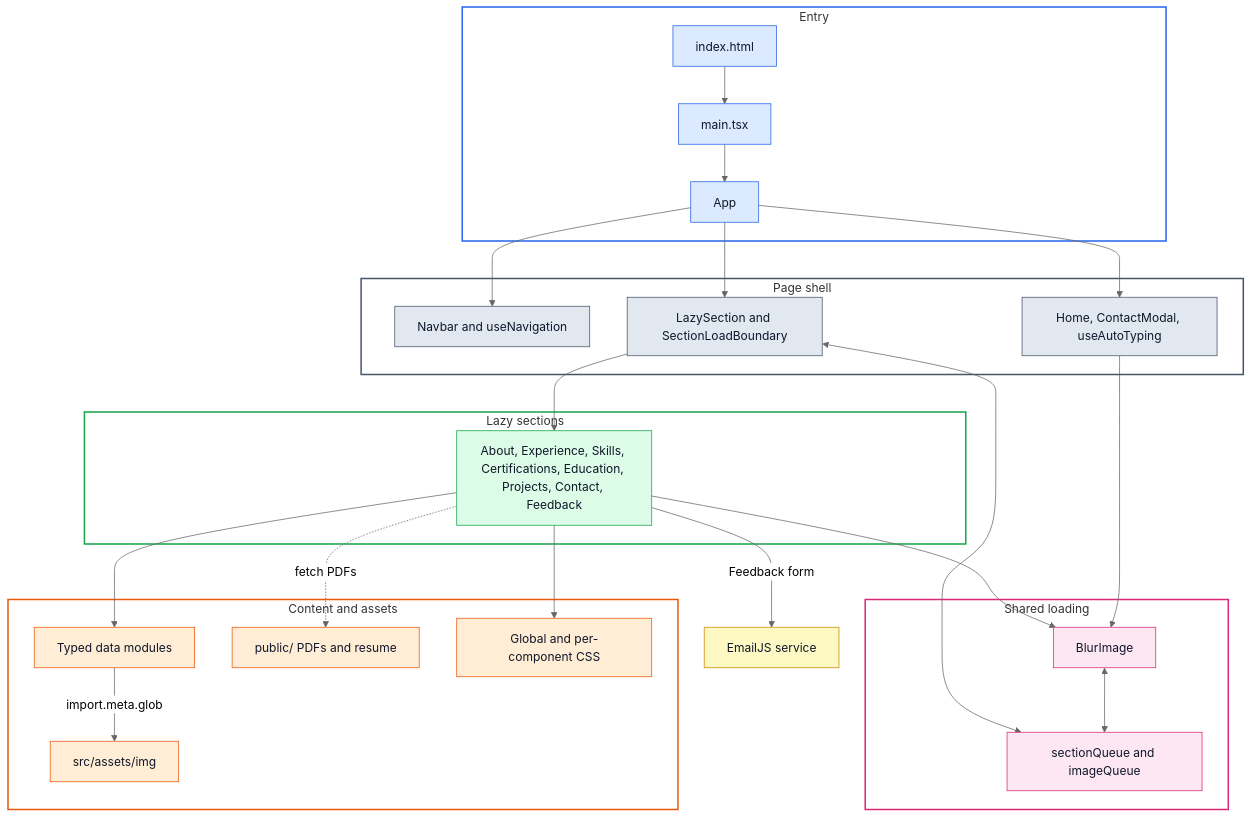
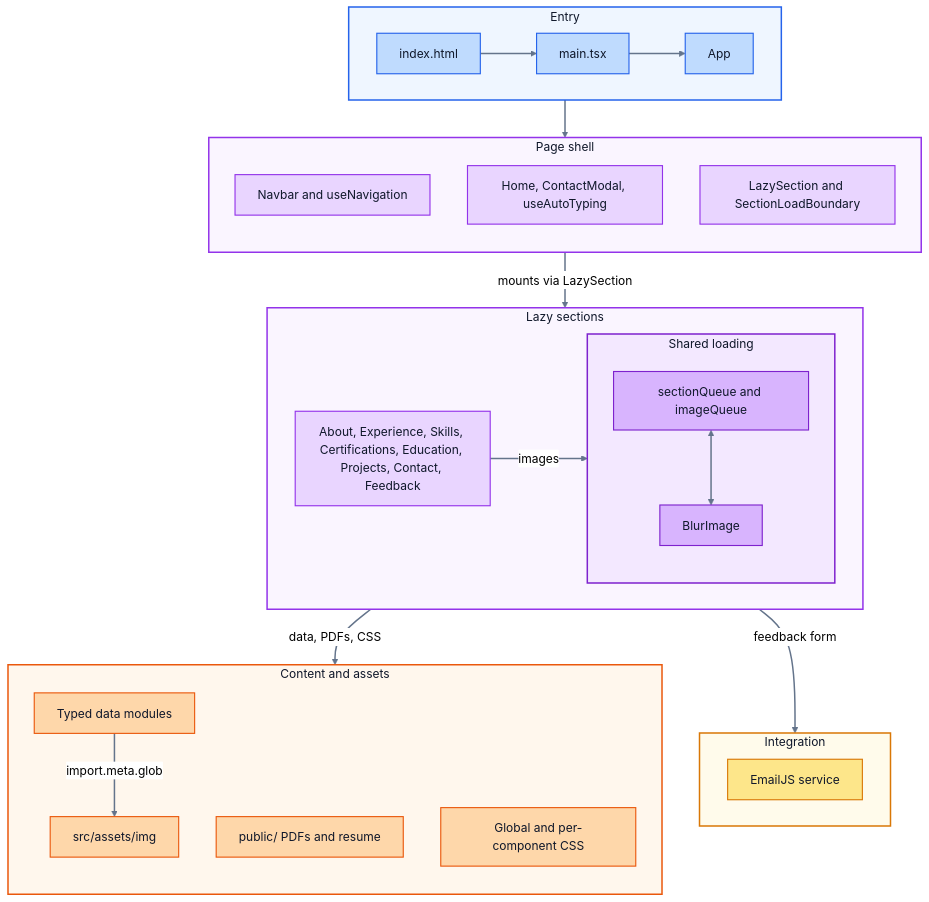
One commit to Aniruddha-25/Portfolio changed the second of 3 diagrams in README.md. Above: the diagram before and after it, drawn with Mermaid (neutral theme). The commit also changed other lines of this file, not shown here.

Commit message:
added colour in readme.md

````diff
--- a/README.md
+++ b/README.md
@@ -94,64 +97,63 @@
 ```mermaid
 flowchart TB
     subgraph ENTRY["Entry"]
+        direction LR
         HTML["index.html"] --> MAIN["main.tsx"] --> APP["App"]
     end
 
     subgraph SHELL["Page shell"]
+        direction TB
         NAVBAR["Navbar and useNavigation"]
         HOME["Home, ContactModal, useAutoTyping"]
         LAZY["LazySection and SectionLoadBoundary"]
     end
 
     subgraph SECTIONS["Lazy sections"]
+        direction LR
         SEC["About, Experience, Skills, Certifications, Education, Projects, Contact, Feedback"]
-    end
 
-    subgraph SHARED["Shared loading"]
-        QUEUES["sectionQueue and imageQueue"]
-        BLUR["BlurImage"]
+        subgraph SHARED["Shared loading"]
+            direction TB
+            QUEUES["sectionQueue and imageQueue"] <--> BLUR["BlurImage"]
+        end
+
+        SEC -->|"images"| SHARED
     end
 
     subgraph CONTENT["Content and assets"]
-        DATA["Typed data modules"]
-        IMGS["src/assets/img"]
+        direction TB
+        DATA["Typed data modules"] -->|"import.meta.glob"| IMGS["src/assets/img"]
         PUBLIC["public/ PDFs and resume"]
         STYLES["Global and per-component CSS"]
     end
 
-    EMAILJS["EmailJS service"]
+    subgraph INTEG["Integration"]
+        EMAILJS["EmailJS service"]
+    end
 
-    APP --> NAVBAR
-    APP --> HOME
-    APP --> LAZY
-    LAZY --> SEC
-    LAZY <--> QUEUES
-    SEC --> BLUR
-    HOME --> BLUR
-    BLUR <--> QUEUES
-    SEC --> DATA
-    DATA -->|"import.meta.glob"| IMGS
-    SEC -.->|"fetch PDFs"| PUBLIC
-    SEC -->|"Feedback form"| EMAILJS
-    SEC --> STYLES
+    ENTRY --> SHELL
+    SHELL -->|"mounts via LazySection"| SECTIONS
+    SECTIONS -->|"data, PDFs, CSS"| CONTENT
+    SECTIONS -->|"feedback form"| INTEG
 
-    classDef entry fill:#dbeafe,stroke:#2563eb,color:#0f172a
-    classDef shell fill:#e2e8f0,stroke:#475569,color:#0f172a
-    classDef section fill:#dcfce7,stroke:#16a34a,color:#0f172a
-    classDef shared fill:#fce7f3,stroke:#db2777,color:#0f172a
-    classDef content fill:#ffedd5,stroke:#ea580c,color:#0f172a
-    classDef ext fill:#fef9c3,stroke:#ca8a04,color:#0f172a
+    classDef entry fill:#bfdbfe,stroke:#2563eb,stroke-width:1.5px,color:#0f172a
+    classDef comp fill:#e9d5ff,stroke:#9333ea,stroke-width:1.5px,color:#0f172a
+    classDef shared fill:#d8b4fe,stroke:#7e22ce,stroke-width:1.5px,color:#0f172a
+    classDef content fill:#fed7aa,stroke:#ea580c,stroke-width:1.5px,color:#0f172a
+    classDef integ fill:#fde68a,stroke:#d97706,stroke-width:1.5px,color:#0f172a
 
     class HTML,MAIN,APP entry
-    class NAVBAR,HOME,LAZY shell
-    class SEC section
+    class NAVBAR,HOME,LAZY,SEC comp
     class QUEUES,BLUR shared
     class DATA,IMGS,PUBLIC,STYLES content
-    class EMAILJS ext
+    class EMAILJS integ
 
-    style ENTRY fill:transparent,stroke:#2563eb,stroke-width:2px
-    style SHELL fill:transparent,stroke:#475569,stroke-width:2px
-    style SECTIONS fill:transparent,stroke:#16a34a,stroke-width:2px
-    style SHARED fill:transparent,stroke:#db2777,stroke-width:2px
-    style CONTENT fill:transparent,stroke:#ea580c,stroke-width:2px
+    style ENTRY fill:#eff6ff,stroke:#2563eb,stroke-width:2px,color:#0f172a
+    style SHELL fill:#faf5ff,stroke:#9333ea,stroke-width:2px,color:#0f172a
+    style SECTIONS fill:#faf5ff,stroke:#9333ea,stroke-width:2px,color:#0f172a
+    style SHARED fill:#f3e8ff,stroke:#7e22ce,stroke-width:2px,color:#0f172a
+    style CONTENT fill:#fff7ed,stroke:#ea580c,stroke-width:2px,color:#0f172a
+    style INTEG fill:#fffbeb,stroke:#d97706,stroke-width:2px,color:#0f172a
+
+    linkStyle default stroke:#64748b,stroke-width:2px
 ```
````
